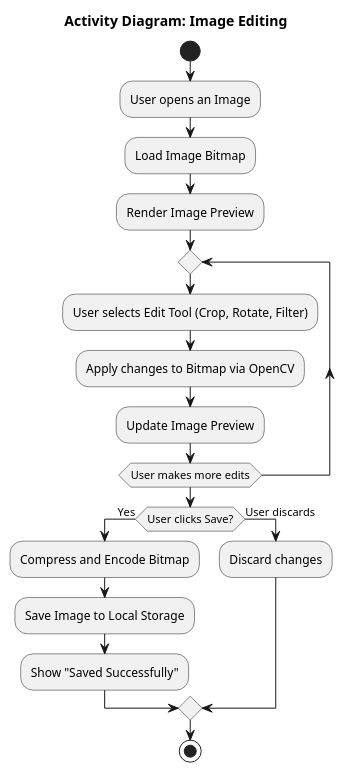
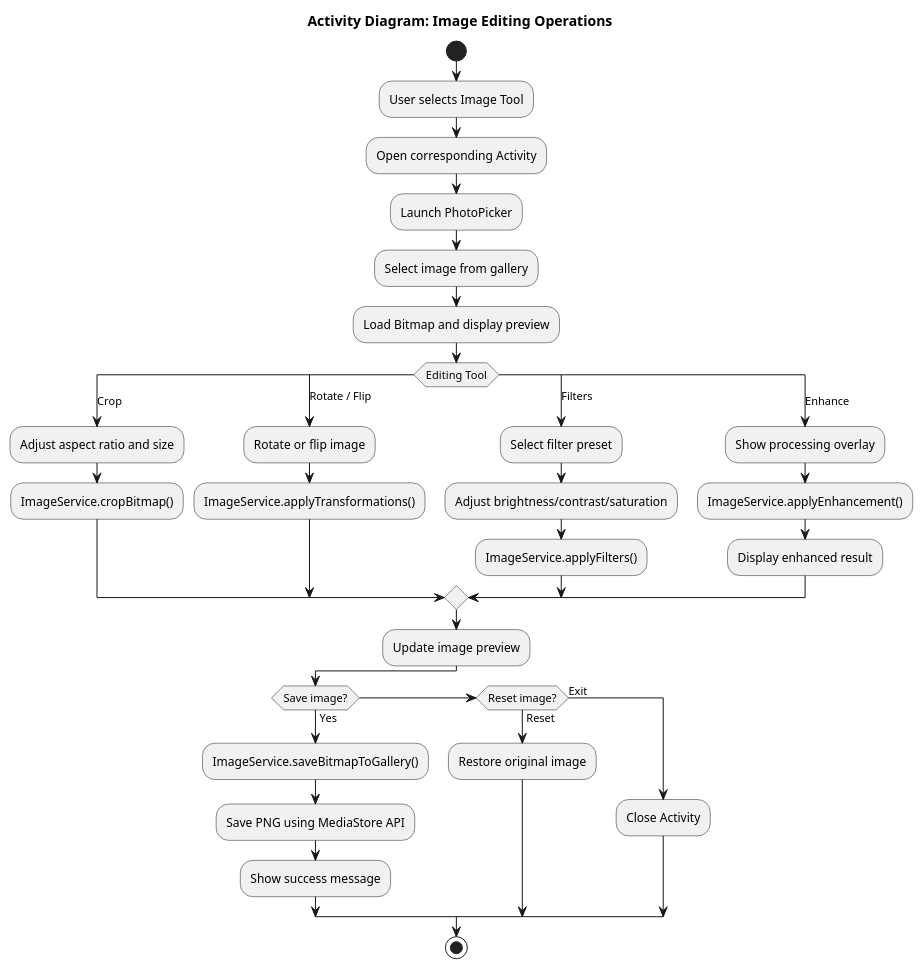
One commit to LuuQuangTien/FileEditorApp changed the diagram in _docs/Activity/AD_ImgEdit.puml. Above: the diagram before and after it, drawn with PlantUML. The commit also changed 21 other files, not shown here.

```diff
--- a/_docs/Activity/AD_ImgEdit.puml
+++ b/_docs/Activity/AD_ImgEdit.puml
@@ -1,24 +1,51 @@
 @startuml
-title Activity Diagram: Image Editing
+title Activity Diagram: Image Editing Operations
 
 start
-:User opens an Image;
-:Load Image Bitmap;
-:Render Image Preview;
 
-repeat
-  :User selects Edit Tool (Crop, Rotate, Filter);
-  :Apply changes to Bitmap via OpenCV;
-  :Update Image Preview;
-repeat while (User makes more edits)
+:User selects Image Tool;
 
-if (User clicks Save?) then (Yes)
-  :Compress and Encode Bitmap;
-  :Save Image to Local Storage;
-  :Show "Saved Successfully";
-else (User discards)
-  :Discard changes;
+:Open corresponding Activity;
+:Launch PhotoPicker;
+:Select image from gallery;
+:Load Bitmap and display preview;
+
+switch (Editing Tool)
+
+case (Crop)
+  :Adjust aspect ratio and size;
+  :ImageService.cropBitmap();
+
+case (Rotate / Flip)
+  :Rotate or flip image;
+  :ImageService.applyTransformations();
+
+case (Filters)
+  :Select filter preset;
+  :Adjust brightness/contrast/saturation;
+  :ImageService.applyFilters();
+
+case (Enhance)
+  :Show processing overlay;
+  :ImageService.applyEnhancement();
+  :Display enhanced result;
+
+endswitch
+
+:Update image preview;
+
+if (Save image?) then (Yes)
+  :ImageService.saveBitmapToGallery();
+  :Save PNG using MediaStore API;
+  :Show success message;
+
+elseif (Reset image?) then (Reset)
+  :Restore original image;
+
+else (Exit)
+  :Close Activity;
+
 endif
 
 stop
 @enduml
```
